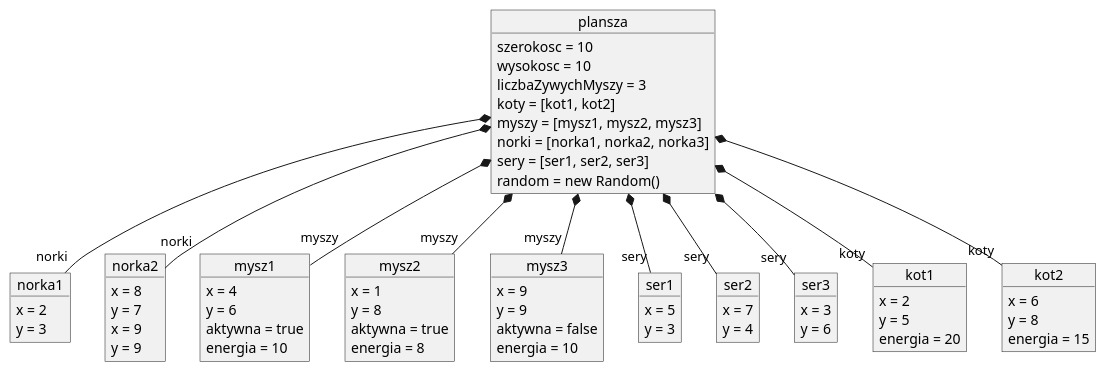
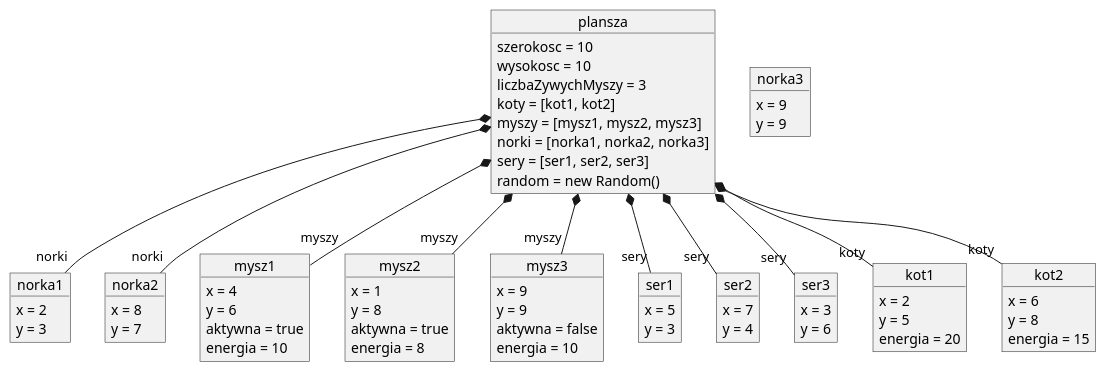
The diagram in docs/diagram_obiektow.puml (rochmir/symulacja_agentowa1), drawn with PlantUML before and after one commit. The commit also changed 1 other file, not shown here.

Commit message:
Aktualizacja diagramów klas i obiektów

```diff
--- a/docs/diagram_obiektow.puml
+++ b/docs/diagram_obiektow.puml
@@ -1,88 +1,88 @@
 @startuml
 
 object plansza {
     szerokosc = 10
     wysokosc = 10
     liczbaZywychMyszy = 3
     koty = [kot1, kot2]
     myszy = [mysz1, mysz2, mysz3]
     norki = [norka1, norka2, norka3]
     sery = [ser1, ser2, ser3]
     random = new Random()
 }
 
 object norka1 {
     x = 2
     y = 3
 }
 
 object norka2 {
     x = 8
     y = 7
 }
-object norka2 {
+object norka3 {
     x = 9
     y = 9
 }
 
 object mysz1 {
     x = 4
     y = 6
     aktywna = true
     energia = 10
 }
 
 object mysz2 {
     x = 1
     y = 8
     aktywna = true
     energia = 8
 }
 
 object mysz3 {
     x = 9
     y = 9
     aktywna = false
     energia = 10
 }
 
 object ser1 {
     x = 5
     y = 3
 }
 
 object ser2 {
     x = 7
     y = 4
 }
 
 object ser3 {
     x = 3
     y = 6
 }
 
 object kot1 {
     x = 2
     y = 5
     energia = 20
 }
 
 object kot2 {
     x = 6
     y = 8
     energia = 15
 }
 
 ' Relacje kompozycji
 plansza *-- "norki" norka1
 plansza *-- "norki" norka2
 plansza *-- "myszy" mysz1
 plansza *-- "myszy" mysz2
 plansza *-- "myszy" mysz3
 plansza *-- "sery" ser1
 plansza *-- "sery" ser2
 plansza *-- "sery" ser3
 plansza *-- "koty" kot1
 plansza *-- "koty" kot2
 
 @enduml
```
